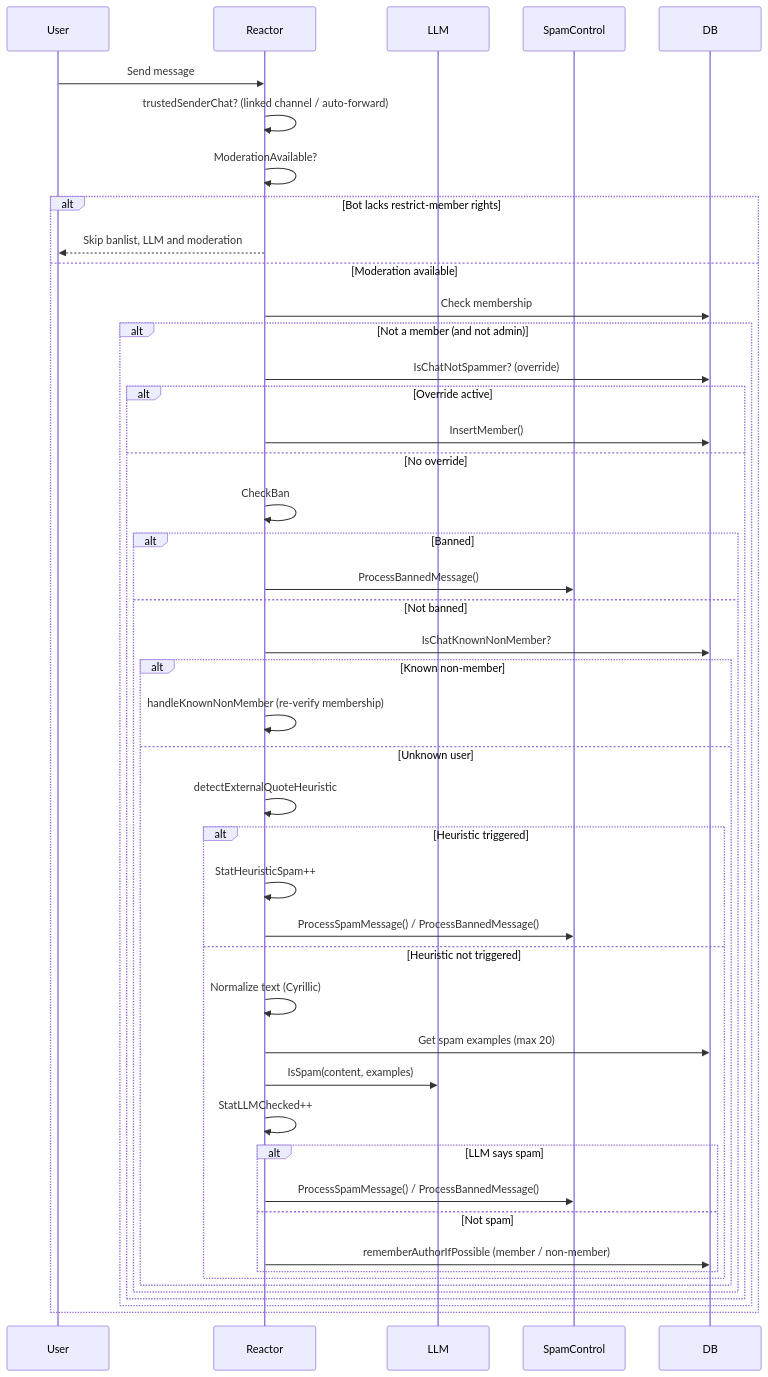
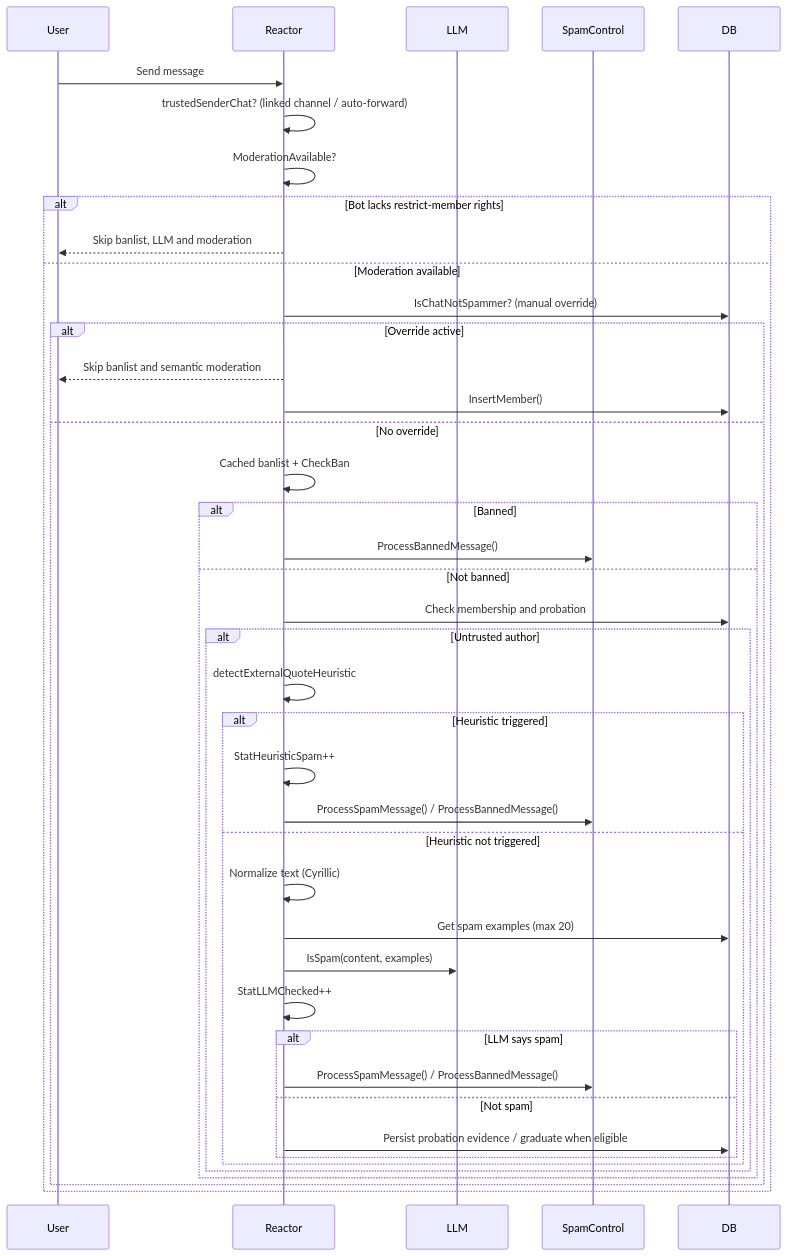
Before and after one commit to iamwavecut/ngbot: the eighth of 11 diagrams in docs/CODEBASE_MAP.md, drawn with Mermaid. The commit also changed other lines of this file and 20 other files, not shown here.

Commit message:
Prioritize manual allowlist over banlist

````diff
--- a/docs/CODEBASE_MAP.md
+++ b/docs/CODEBASE_MAP.md
@@ -971,56 +973,51 @@
 ```mermaid
 sequenceDiagram
     participant User
     participant Reactor
     participant LLM
     participant SpamControl
     participant DB
 
     User->>Reactor: Send message
     Reactor->>Reactor: trustedSenderChat? (linked channel / auto-forward)
     Reactor->>Reactor: ModerationAvailable?
 
     alt Bot lacks restrict-member rights
         Reactor-->>User: Skip banlist, LLM and moderation
     else Moderation available
-      Reactor->>DB: Check membership
+      Reactor->>DB: IsChatNotSpammer? (manual override)
 
-      alt Not a member (and not admin)
-        Reactor->>DB: IsChatNotSpammer? (override)
+      alt Override active
+            Reactor-->>User: Skip banlist and semantic moderation
+            Reactor->>DB: InsertMember()
+      else No override
+        Reactor->>Reactor: Cached banlist + CheckBan
 
-        alt Override active
-            Reactor->>DB: InsertMember()
-        else No override
-            Reactor->>Reactor: CheckBan
+        alt Banned
+            Reactor->>SpamControl: ProcessBannedMessage()
+        else Not banned
+            Reactor->>DB: Check membership and probation
 
-            alt Banned
-                Reactor->>SpamControl: ProcessBannedMessage()
-            else Not banned
-                Reactor->>DB: IsChatKnownNonMember?
+            alt Untrusted author
+                Reactor->>Reactor: detectExternalQuoteHeuristic
 
-                alt Known non-member
-                    Reactor->>Reactor: handleKnownNonMember (re-verify membership)
-                else Unknown user
-                    Reactor->>Reactor: detectExternalQuoteHeuristic
+                alt Heuristic triggered
+                    Reactor->>Reactor: StatHeuristicSpam++
+                    Reactor->>SpamControl: ProcessSpamMessage() / ProcessBannedMessage()
+                else Heuristic not triggered
+                    Reactor->>Reactor: Normalize text (Cyrillic)
+                    Reactor->>DB: Get spam examples (max 20)
+                    Reactor->>LLM: IsSpam(content, examples)
+                    Reactor->>Reactor: StatLLMChecked++
 
-                    alt Heuristic triggered
-                        Reactor->>Reactor: StatHeuristicSpam++
+                    alt LLM says spam
                         Reactor->>SpamControl: ProcessSpamMessage() / ProcessBannedMessage()
-                    else Heuristic not triggered
-                        Reactor->>Reactor: Normalize text (Cyrillic)
-                        Reactor->>DB: Get spam examples (max 20)
-                        Reactor->>LLM: IsSpam(content, examples)
-                        Reactor->>Reactor: StatLLMChecked++
-
-                        alt LLM says spam
-                            Reactor->>SpamControl: ProcessSpamMessage() / ProcessBannedMessage()
-                        else Not spam
-                            Reactor->>DB: rememberAuthorIfPossible (member / non-member)
-                        end
+                    else Not spam
+                        Reactor->>DB: Persist probation evidence / graduate when eligible
                     end
                 end
             end
         end
       end
     end
 ```
````
